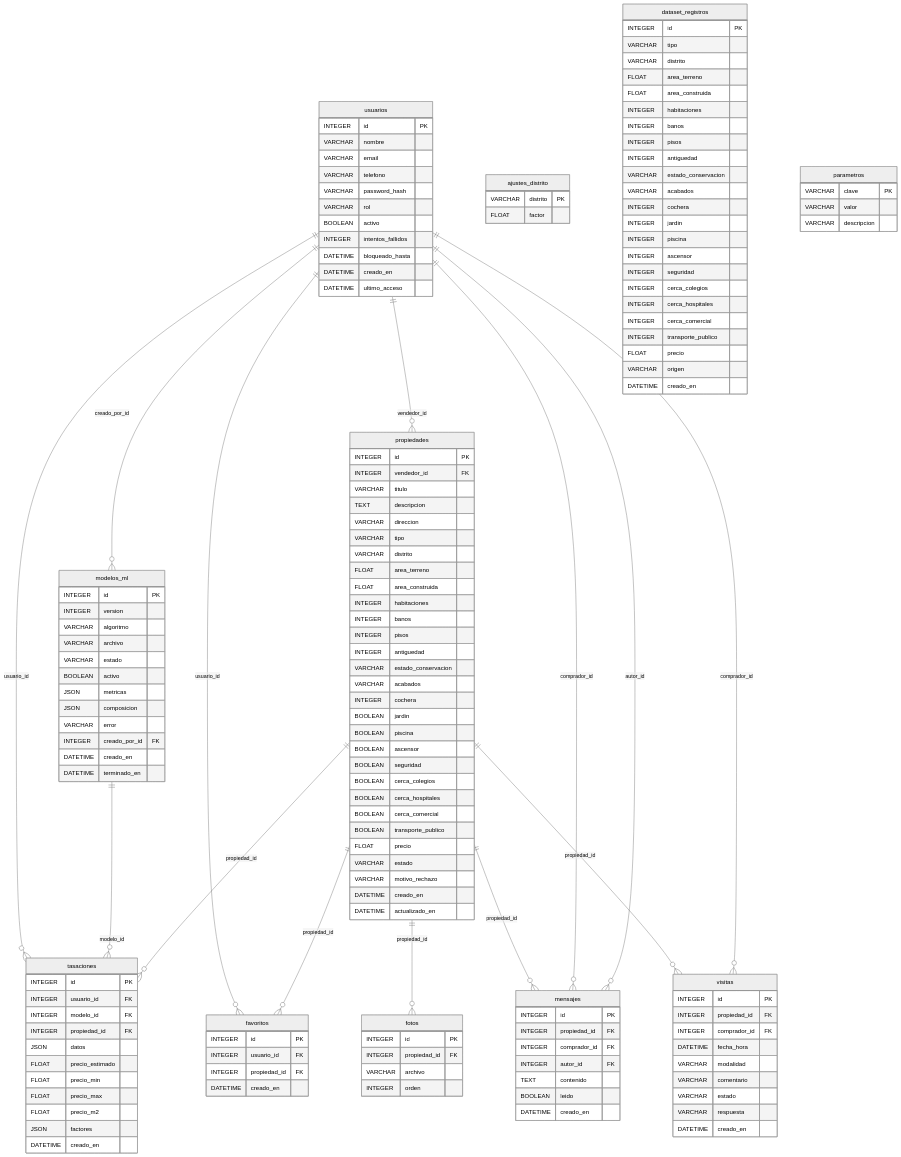
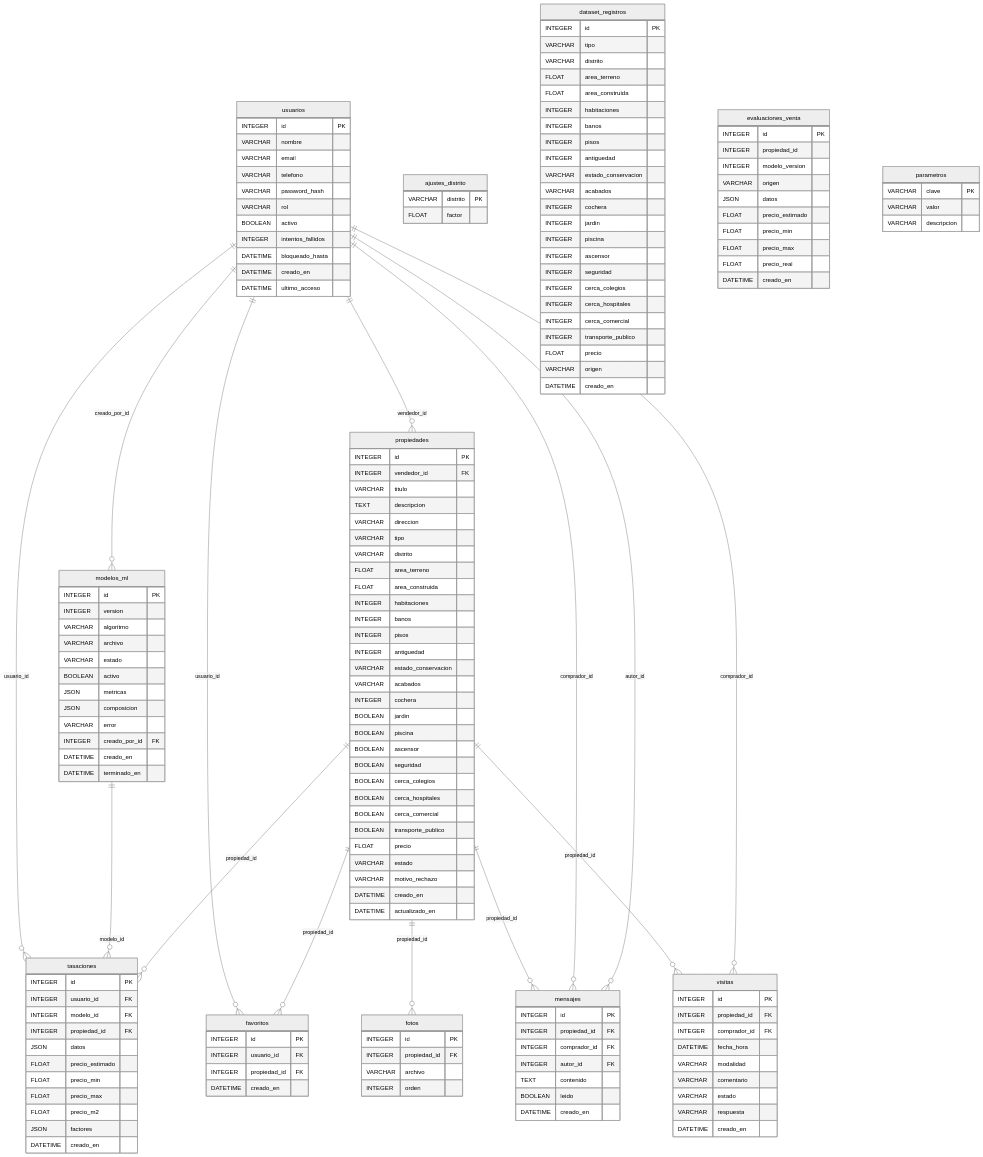
The diagram in docs/modelo_datos.md (aidanvargas3004-lang/arequipa-house-ml-v2), drawn with Mermaid (neutral theme) before and after one commit. The commit also changed other lines of this file and 19 other files, not shown here.

```diff
--- a/docs/modelo_datos.md
+++ b/docs/modelo_datos.md
@@ -44,6 +44,18 @@
         INTEGER transporte_publico
         FLOAT precio
         VARCHAR origen
+        DATETIME creado_en
+    }
+    evaluaciones_venta {
+        INTEGER id PK
+        INTEGER propiedad_id
+        INTEGER modelo_version
+        VARCHAR origen
+        JSON datos
+        FLOAT precio_estimado
+        FLOAT precio_min
+        FLOAT precio_max
+        FLOAT precio_real
         DATETIME creado_en
     }
     parametros {
```
